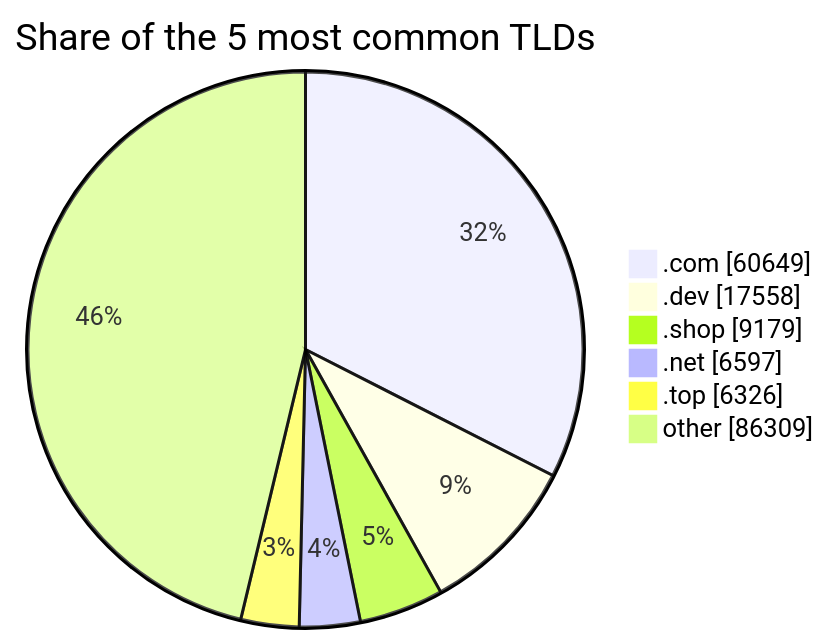
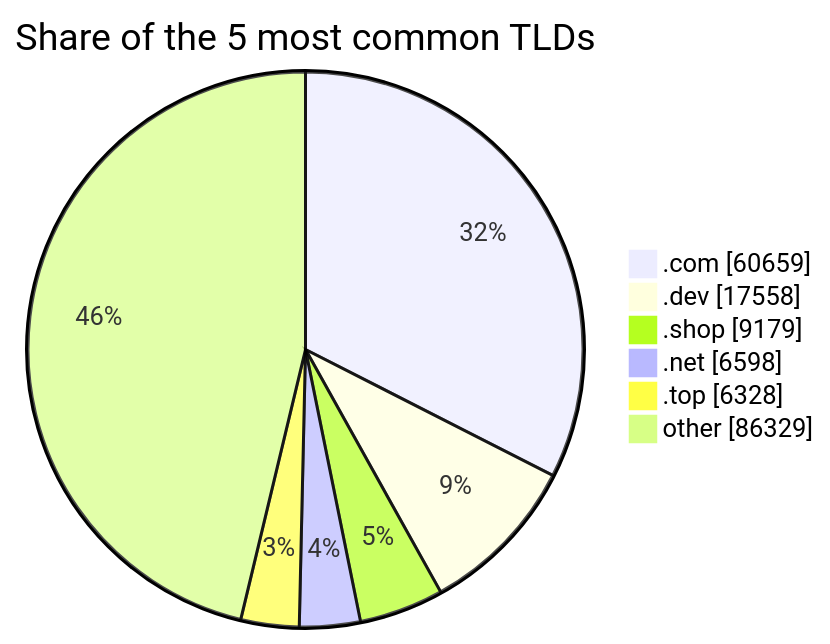
Before and after one commit to DNSBunker/CTI: the third of 3 diagrams in README.md, drawn with Mermaid. The commit also changed other lines of this file and 3 other files, not shown here.

````diff
--- a/README.md
+++ b/README.md
@@ -81,9 +81,9 @@
 ```mermaid
 pie showData title Share of the 5 most common TLDs
-    ".com" : 60649
+    ".com" : 60659
     ".dev" : 17558
     ".shop" : 9179
-    ".net" : 6597
-    ".top" : 6326
-    "other" : 86309
+    ".net" : 6598
+    ".top" : 6328
+    "other" : 86329
 ```
````
